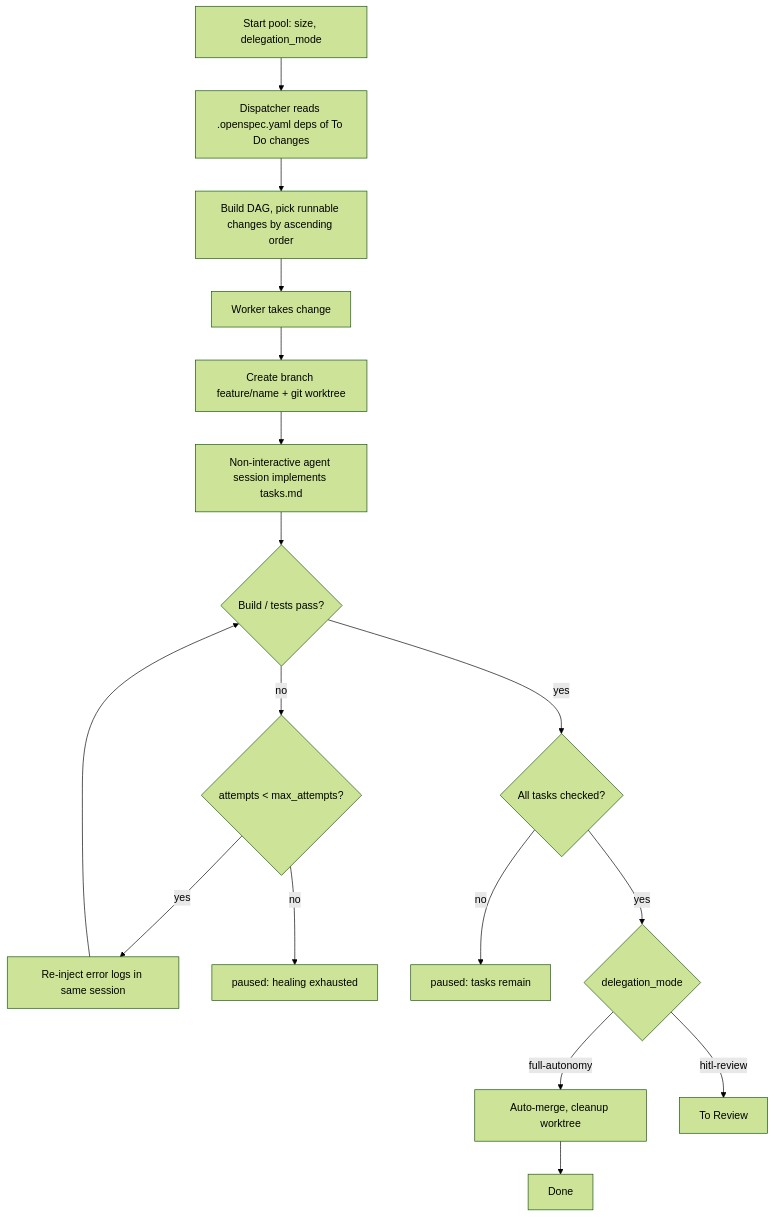
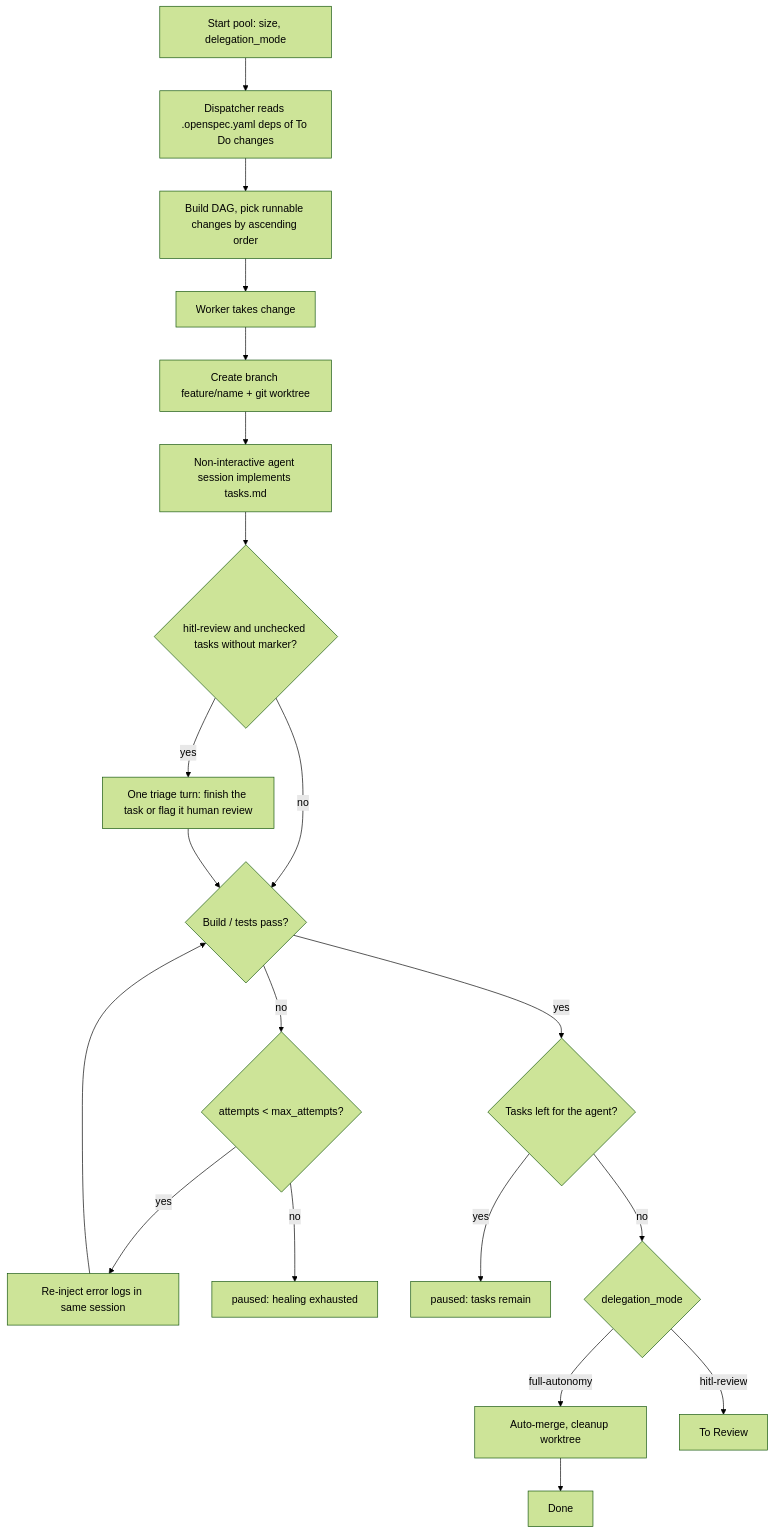
The third of 3 diagrams in docs/opensp8c/workflows.md (germainlefebvre4/opensp8c), drawn with Mermaid (forest theme) before and after one commit. The commit also changed other lines of this file and 36 other files, not shown here.

Commit message:
feat(hitl): Hitl human validation tasks

````diff
--- a/docs/opensp8c/workflows.md
+++ b/docs/opensp8c/workflows.md
@@ -65,18 +65,21 @@
 ```mermaid
 flowchart TD
     S[Start pool: size, delegation_mode] --> D[Dispatcher reads .openspec.yaml deps of To Do changes]
     D --> DAG[Build DAG, pick runnable changes by ascending order]
     DAG --> W[Worker takes change]
     W --> WT[Create branch feature/name + git worktree]
     WT --> RUN[Non-interactive agent session implements tasks.md]
-    RUN --> V{Build / tests pass?}
+    RUN --> TR{hitl-review and unchecked tasks without marker?}
+    TR -- yes --> TRIAGE[One triage turn: finish the task or flag it human review]
+    TR -- no --> V
+    TRIAGE --> V{Build / tests pass?}
     V -- no --> H{attempts < max_attempts?}
     H -- yes --> HEAL[Re-inject error logs in same session]
     HEAL --> V
     H -- no --> P1[paused: healing exhausted]
-    V -- yes --> T{All tasks checked?}
-    T -- no --> P2[paused: tasks remain]
-    T -- yes --> M{delegation_mode}
+    V -- yes --> T{Tasks left for the agent?}
+    T -- yes --> P2[paused: tasks remain]
+    T -- no --> M{delegation_mode}
     M -- full-autonomy --> MERGE[Auto-merge, cleanup worktree] --> DONE[Done]
     M -- hitl-review --> REV[To Review]
 ```
````
